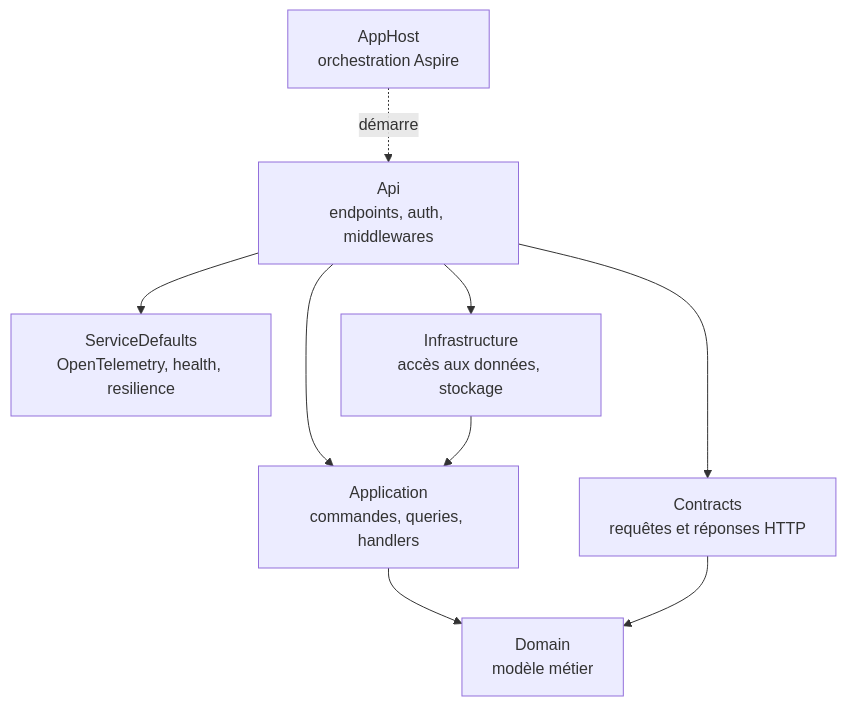
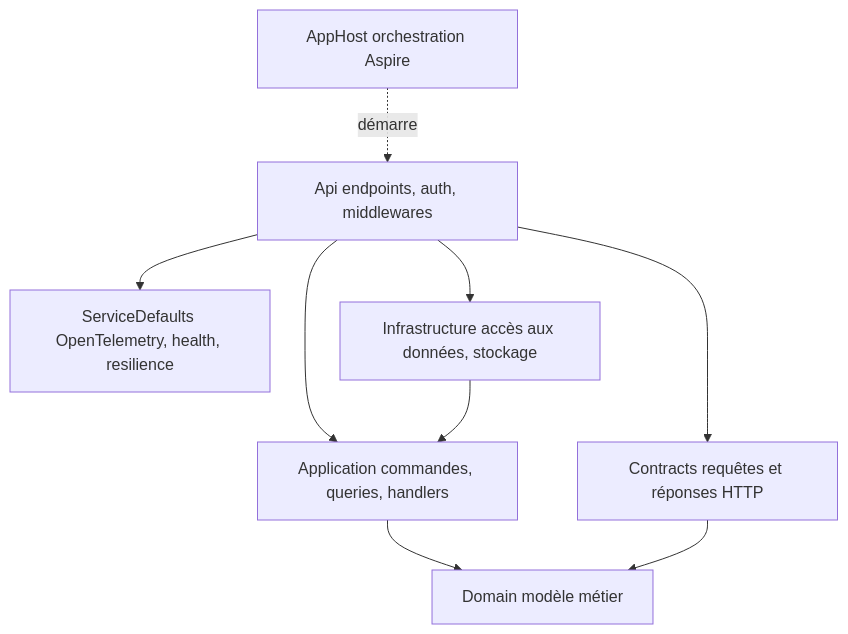
One commit to FlorianDrevet/template-CQRS changed the diagram in docs/wiki/Accueil.md. Above: the diagram before and after it, drawn with Mermaid. The commit also changed 16 other files, not shown here.

Commit message:
docs: fix reference review findings and strip HTML from wiki mermaid labels

````diff
--- a/docs/wiki/Accueil.md
+++ b/docs/wiki/Accueil.md
@@ -43,19 +43,19 @@
 ```mermaid
 graph TD
-    AppHost[AppHost<br/>orchestration Aspire]
-    Api[Api<br/>endpoints, auth, middlewares]
-    SD[ServiceDefaults<br/>OpenTelemetry, health, resilience]
-    Contracts[Contracts<br/>requêtes et réponses HTTP]
-    Infra[Infrastructure<br/>accès aux données, stockage]
-    App[Application<br/>commandes, queries, handlers]
-    Domain[Domain<br/>modèle métier]
+    AppHost[AppHost orchestration Aspire]
+    Api[Api endpoints, auth, middlewares]
+    SD[ServiceDefaults OpenTelemetry, health, resilience]
+    Contracts[Contracts requêtes et réponses HTTP]
+    Infra[Infrastructure accès aux données, stockage]
+    App[Application commandes, queries, handlers]
+    Domain[Domain modèle métier]
 
     AppHost -. démarre .-> Api
     Api --> SD
     Api --> Contracts
     Api --> App
     Api --> Infra
     Infra --> App
     App --> Domain
     Contracts --> Domain
 ```
````
